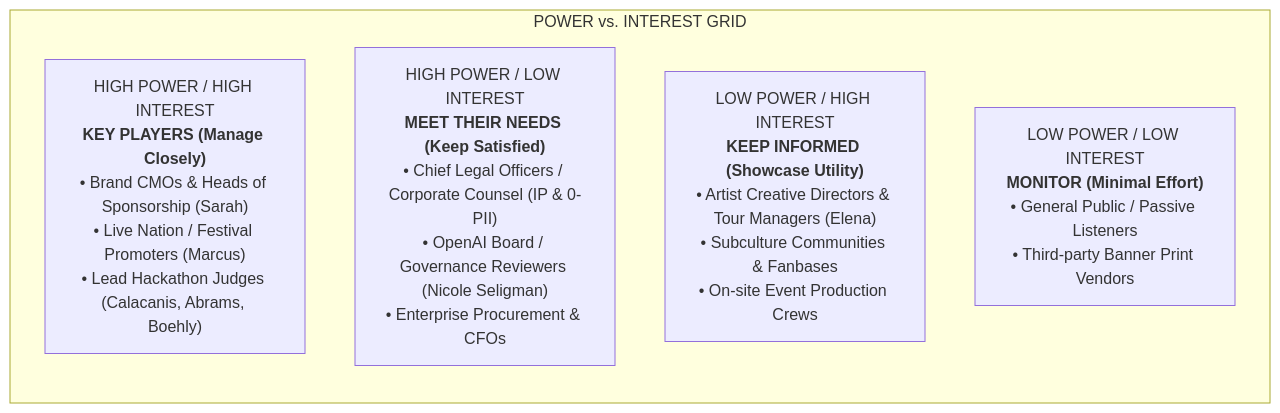
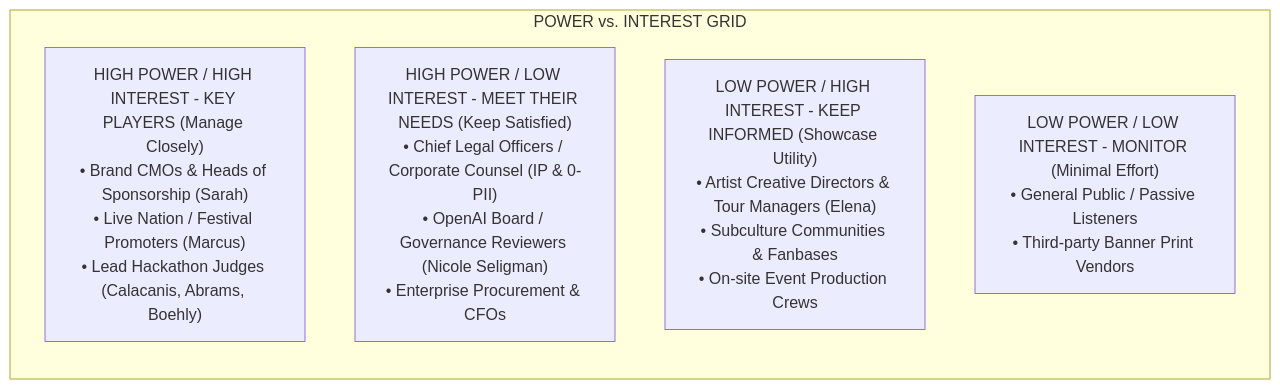
One commit to Aryanban/tasteguard changed the third of 5 diagrams in docs/DESIGN_FRAMEWORKS.md. Above: the diagram before and after it, drawn with Mermaid.

Commit message:
fix(docs): sanitize mermaid node labels for strict GitHub markdown compatibility

````diff
--- a/docs/DESIGN_FRAMEWORKS.md
+++ b/docs/DESIGN_FRAMEWORKS.md
@@ -143,10 +143,10 @@
 ```mermaid
 flowchart TD
     subgraph "POWER vs. INTEREST GRID"
         direction TB
-        Q1["HIGH POWER / HIGH INTEREST<br/><b>KEY PLAYERS (Manage Closely)</b><br/>• Brand CMOs & Heads of Sponsorship (Sarah)<br/>• Live Nation / Festival Promoters (Marcus)<br/>• Lead Hackathon Judges (Calacanis, Abrams, Boehly)"]
-        Q2["HIGH POWER / LOW INTEREST<br/><b>MEET THEIR NEEDS (Keep Satisfied)</b><br/>• Chief Legal Officers / Corporate Counsel (IP & 0-PII)<br/>• OpenAI Board / Governance Reviewers (Nicole Seligman)<br/>• Enterprise Procurement & CFOs"]
-        Q3["LOW POWER / HIGH INTEREST<br/><b>KEEP INFORMED (Showcase Utility)</b><br/>• Artist Creative Directors & Tour Managers (Elena)<br/>• Subculture Communities & Fanbases<br/>• On-site Event Production Crews"]
-        Q4["LOW POWER / LOW INTEREST<br/><b>MONITOR (Minimal Effort)</b><br/>• General Public / Passive Listeners<br/>• Third-party Banner Print Vendors"]
+        Q1["HIGH POWER / HIGH INTEREST - KEY PLAYERS (Manage Closely)<br/>• Brand CMOs & Heads of Sponsorship (Sarah)<br/>• Live Nation / Festival Promoters (Marcus)<br/>• Lead Hackathon Judges (Calacanis, Abrams, Boehly)"]
+        Q2["HIGH POWER / LOW INTEREST - MEET THEIR NEEDS (Keep Satisfied)<br/>• Chief Legal Officers / Corporate Counsel (IP & 0-PII)<br/>• OpenAI Board / Governance Reviewers (Nicole Seligman)<br/>• Enterprise Procurement & CFOs"]
+        Q3["LOW POWER / HIGH INTEREST - KEEP INFORMED (Showcase Utility)<br/>• Artist Creative Directors & Tour Managers (Elena)<br/>• Subculture Communities & Fanbases<br/>• On-site Event Production Crews"]
+        Q4["LOW POWER / LOW INTEREST - MONITOR (Minimal Effort)<br/>• General Public / Passive Listeners<br/>• Third-party Banner Print Vendors"]
     end
 ```
````
